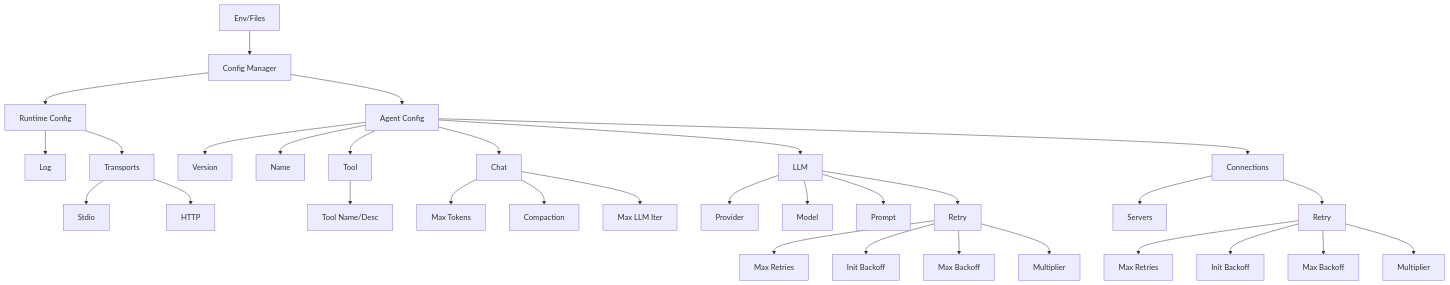
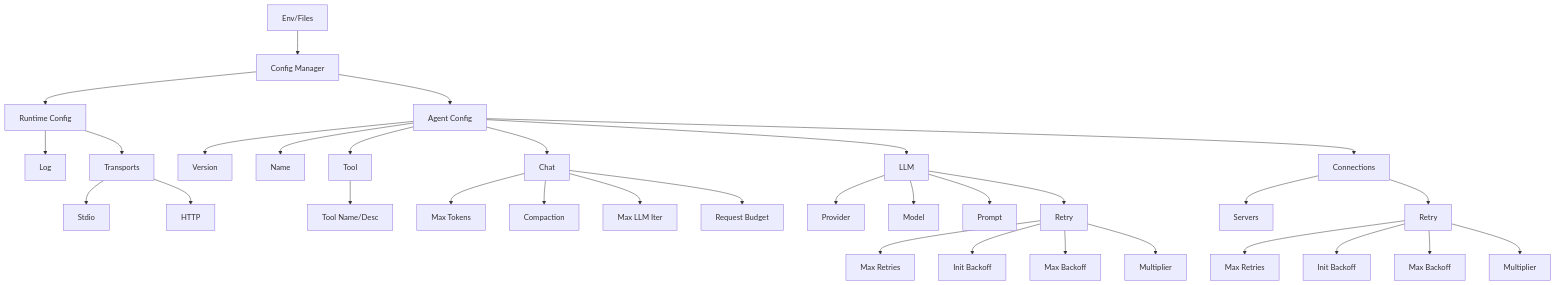
Before and after one commit to korchasa/speelka-agent: the third of 3 diagrams in documents/architecture.md, drawn with Mermaid. The commit also changed other lines of this file and 19 other files, not shown here.

Commit message:
feat(chat): add request budget enforcement and orphaned tool call detection

````diff
--- a/documents/architecture.md
+++ b/documents/architecture.md
@@ -105,34 +108,35 @@
 ```mermaid
 graph TD
     A[Env/Files] --> B[Config Manager]
     B --> C[Agent Config]
     B --> D[Runtime Config]
     D --> E[Log]
     D --> T[Transports]
     T --> TS[Stdio]
     T --> TH[HTTP]
     C --> CV[Version]
     C --> N[Name]
     C --> I[Tool]
     C --> J[Chat]
     C --> K[LLM]
     C --> L[Connections]
     I --> M[Tool Name/Desc]
     J --> O[Max Tokens]
     J --> P[Compaction]
     J --> Q[Max LLM Iter]
+    J --> R[Request Budget]
     K --> KS[Provider]
     K --> KM[Model]
     K --> KP[Prompt]
     K --> KR[Retry]
     L --> LS[Servers]
     L --> LR[Retry]
     KR --> KRM[Max Retries]
     KR --> KRI[Init Backoff]
     KR --> KRMX[Max Backoff]
     KR --> KRBM[Multiplier]
     LR --> LRM[Max Retries]
     LR --> LRI[Init Backoff]
     LR --> LRMX[Max Backoff]
     LR --> LRBM[Multiplier]
 ```
````
